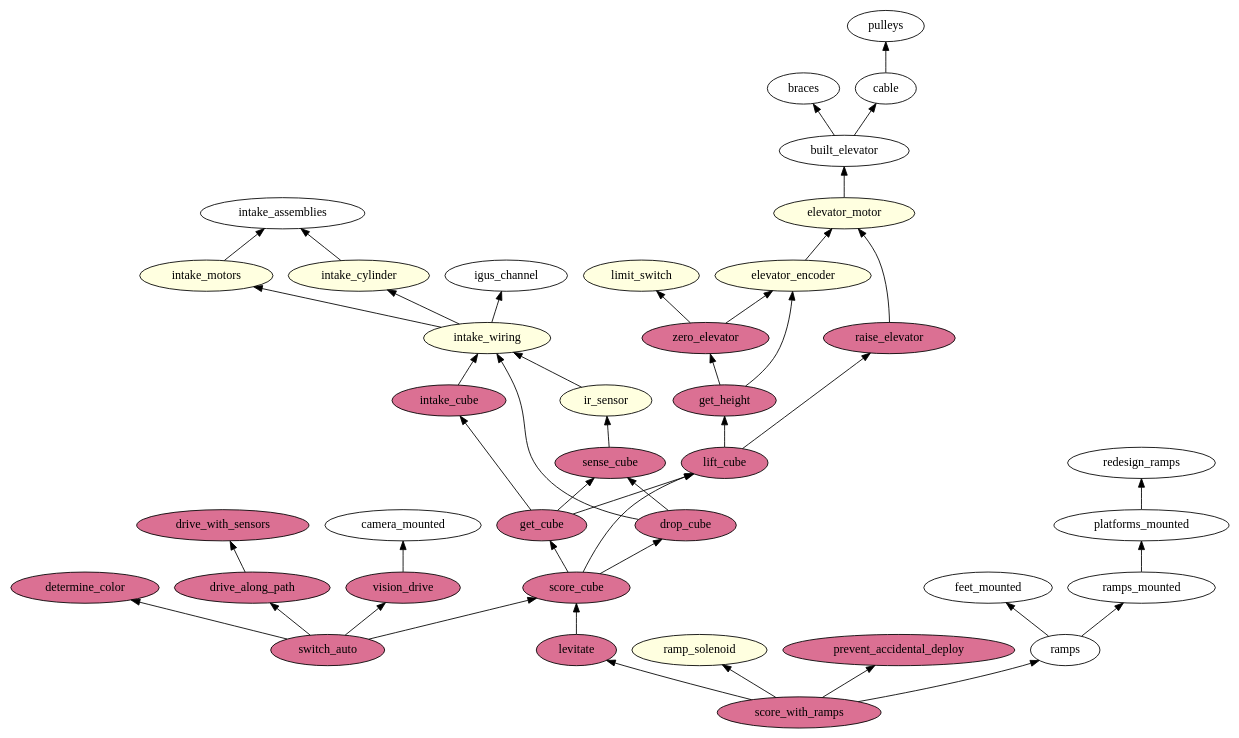
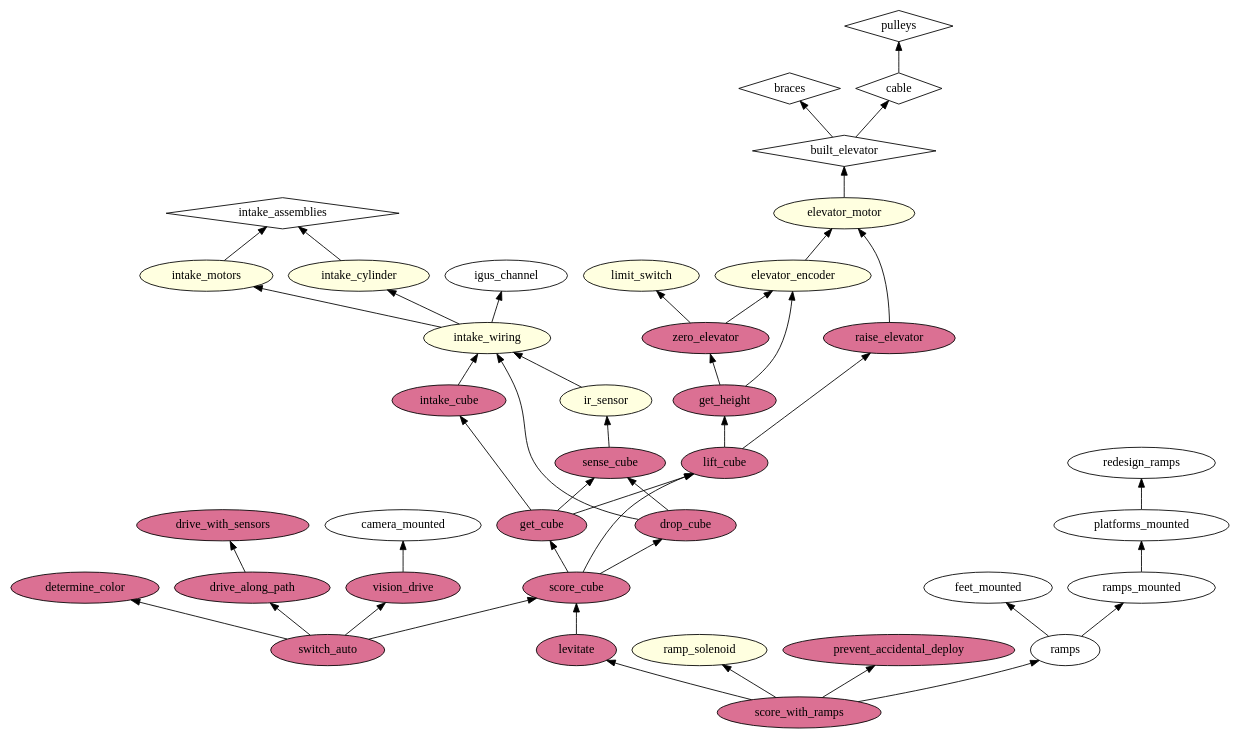
Before and after one commit to AmpdRobotics/PowerUp: the diagram in powerupDependencyGraph.dot, drawn with Graphviz.

Commit message:
Marked nodes as Complete

```diff
--- a/powerupDependencyGraph.dot
+++ b/powerupDependencyGraph.dot
@@ -1,55 +1,59 @@
 digraph g {
 	rankdir=BT
 	ordering=out
 	subgraph programming {
 		node[style=filled, fillcolor=palevioletred]
 		score_cube; get_cube; lift_cube; drop_cube; intake_cube; sense_cube; get_height; zero_elevator; raise_elevator; switch_auto; determine_color; drive_along_path; drive_with_sensors; vision_drive; score_with_ramps; prevent_accidental_deploy; levitate;
 	}
 	subgraph electrical {
 		node[style=filled, fillcolor=lightyellow]
 		intake_wiring; intake_motors; intake_cylinder; ir_sensor; limit_switch; elevator_encoder; elevator_motor; ramp_solenoid
+	}
+	subgraph complete {
+		node[shape=diamond]
+		pulleys; cable; braces; built_elevator; intake_assemblies
 	}
 	score_cube -> get_cube
 	score_cube -> lift_cube
 	score_cube -> drop_cube
 	get_cube -> intake_cube
 	get_cube -> sense_cube
 	get_cube -> lift_cube
 	lift_cube -> get_height
 	lift_cube -> raise_elevator
 	built_elevator -> braces
 	built_elevator -> cable
 	cable -> pulleys
 	raise_elevator -> elevator_motor
 	elevator_motor -> built_elevator
 	get_height -> zero_elevator
 	zero_elevator -> limit_switch
 	get_height -> elevator_encoder
 	elevator_encoder -> elevator_motor
 	zero_elevator -> elevator_encoder
 	intake_cube -> intake_wiring
 	intake_motors -> intake_assemblies
 	intake_cylinder -> intake_assemblies
 	intake_wiring -> intake_motors
 	intake_wiring -> intake_cylinder
 	intake_wiring -> igus_channel
 	sense_cube -> ir_sensor
 	ir_sensor -> intake_wiring
 	drop_cube -> intake_wiring
 	drop_cube -> sense_cube
 	switch_auto -> determine_color
 	switch_auto -> drive_along_path
 	switch_auto -> vision_drive
 	switch_auto -> score_cube
 	vision_drive -> camera_mounted
 	drive_along_path -> drive_with_sensors
 	score_with_ramps -> levitate
 	score_with_ramps -> ramp_solenoid
 	score_with_ramps -> prevent_accidental_deploy
 	score_with_ramps -> ramps
 	ramps -> feet_mounted
 	ramps -> ramps_mounted
 	ramps_mounted -> platforms_mounted
 	platforms_mounted -> redesign_ramps
 	levitate -> score_cube
 }
```
